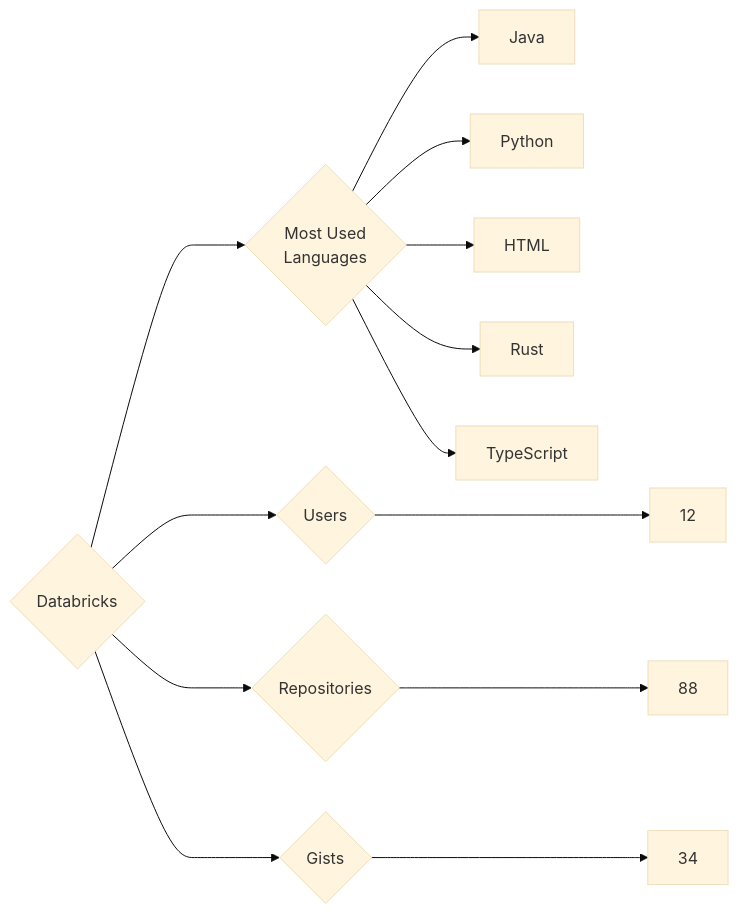
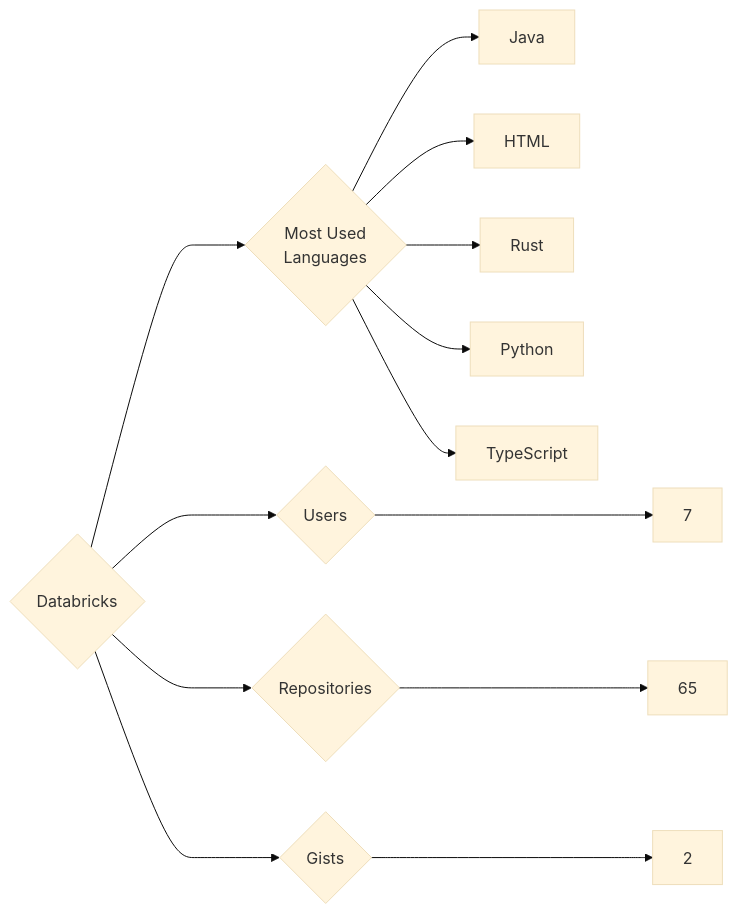
The diagram in targets/Databricks/README.md (trickest/insiders), drawn with Mermaid (base theme) before and after one commit. The commit also changed 1078 other files, not shown here.

````diff
--- a/targets/Databricks/README.md
+++ b/targets/Databricks/README.md
@@ -3,13 +3,13 @@
 ```mermaid
 graph LR
 COMPANY_NAME{Databricks}
-COMPANY_NAME ---> U{Users} ---> UN[12]
-COMPANY_NAME ---> R{Repositories} ---> RN[88]
-COMPANY_NAME ---> G{Gists} ---> GN[34]
+COMPANY_NAME ---> U{Users} ---> UN[7]
+COMPANY_NAME ---> R{Repositories} ---> RN[65]
+COMPANY_NAME ---> G{Gists} ---> GN[2]
 COMPANY_NAME ---> ML{Most Used<br>Languages}
 ML --> Java[Java]
-ML --> Python[Python]
 ML --> HTML[HTML]
 ML --> Rust[Rust]
+ML --> Python[Python]
 ML --> TypeScript[TypeScript]
 ```
````
